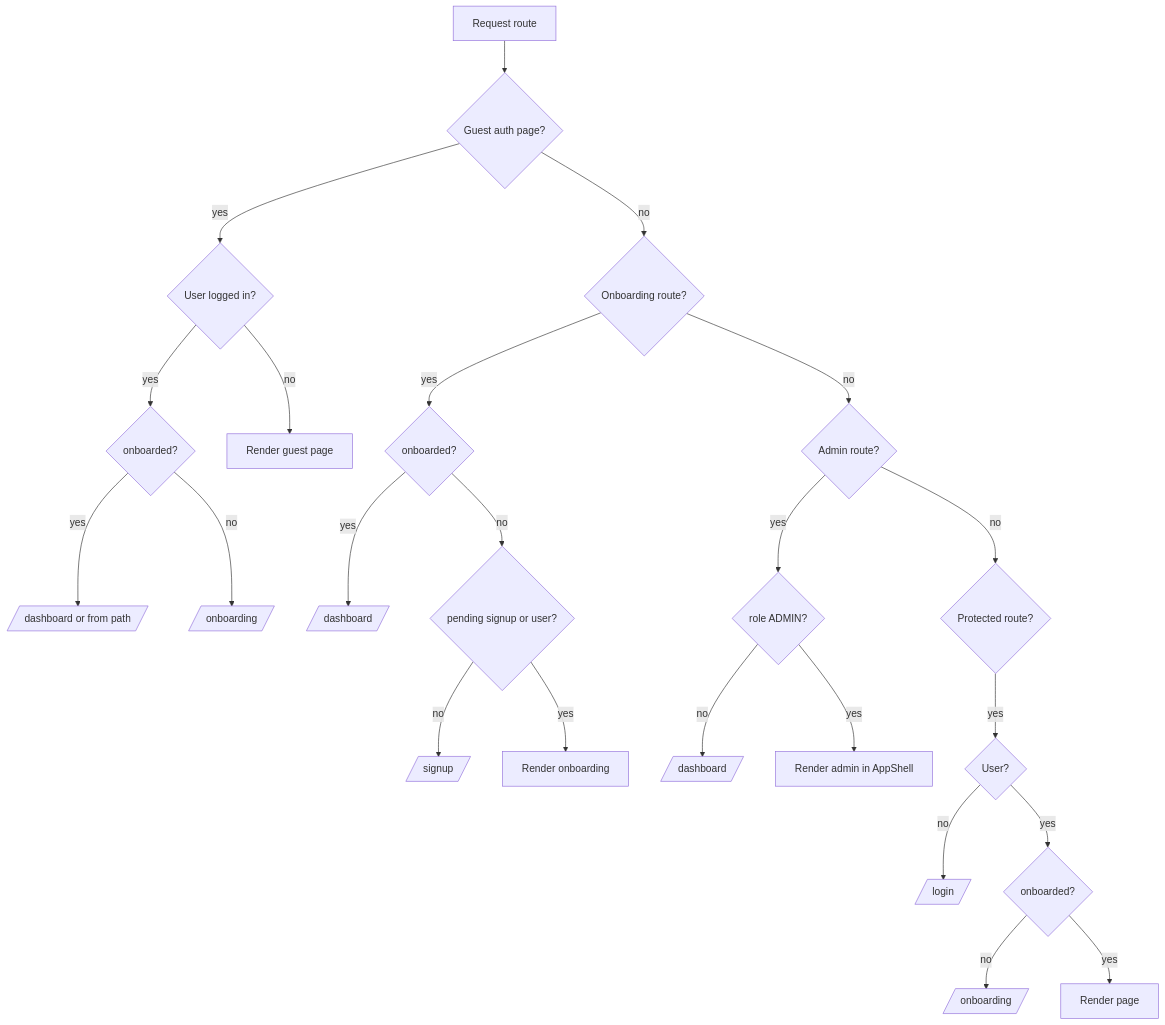
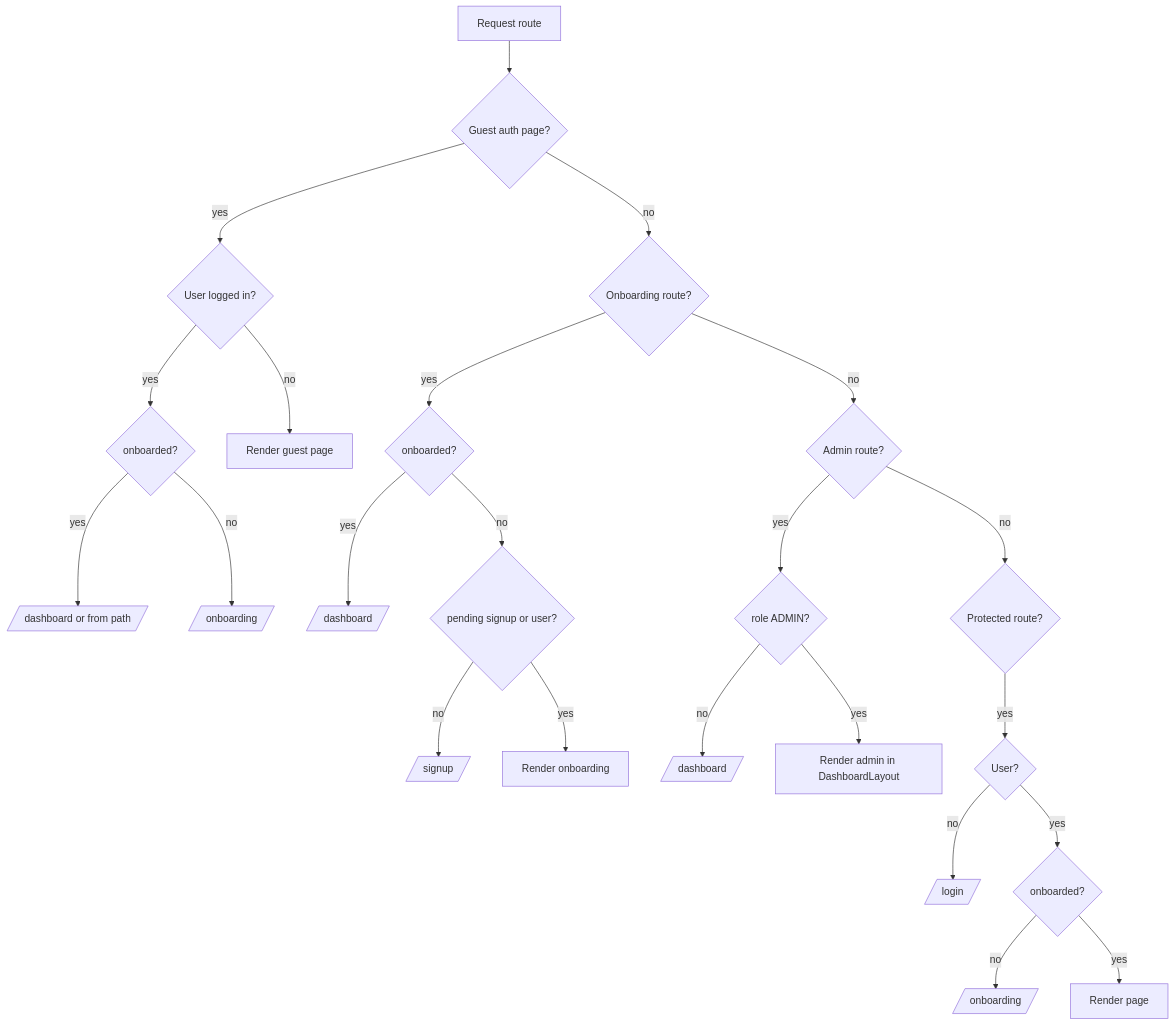
The diagram in pagesflow/shared/route-guards.md (yugandharreddybana/NewCareers), drawn with Mermaid before and after one commit. The commit also changed other lines of this file and 505 other files, not shown here.

````diff
--- a/pagesflow/shared/route-guards.md
+++ b/pagesflow/shared/route-guards.md
@@ -17,28 +17,28 @@
 ```mermaid
 flowchart TD
     start[Request route] --> guest{Guest auth page?}
     guest -->|yes| hasUser{User logged in?}
     hasUser -->|yes| onboarded{onboarded?}
     onboarded -->|yes| dash[/dashboard or from path/]
     onboarded -->|no| onb[/onboarding/]
     hasUser -->|no| allowGuest[Render guest page]
 
     guest -->|no| onbRoute{Onboarding route?}
     onbRoute -->|yes| onbCheck{onboarded?}
     onbCheck -->|yes| dash2[/dashboard/]
     onbCheck -->|no| pending{pending signup or user?}
     pending -->|no| signup[/signup/]
     pending -->|yes| allowOnb[Render onboarding]
 
     onbRoute -->|no| admin{Admin route?}
     admin -->|yes| adminRole{role ADMIN?}
     adminRole -->|no| dash3[/dashboard/]
-    adminRole -->|yes| allowAdmin[Render admin in AppShell]
+    adminRole -->|yes| allowAdmin[Render admin in DashboardLayout]
 
     admin -->|no| protected{Protected route?}
     protected -->|yes| hasUser2{User?}
     hasUser2 -->|no| login[/login/]
     hasUser2 -->|yes| onbGate{onboarded?}
     onbGate -->|no| onb2[/onboarding/]
     onbGate -->|yes| allowApp[Render page]
 ```
````
